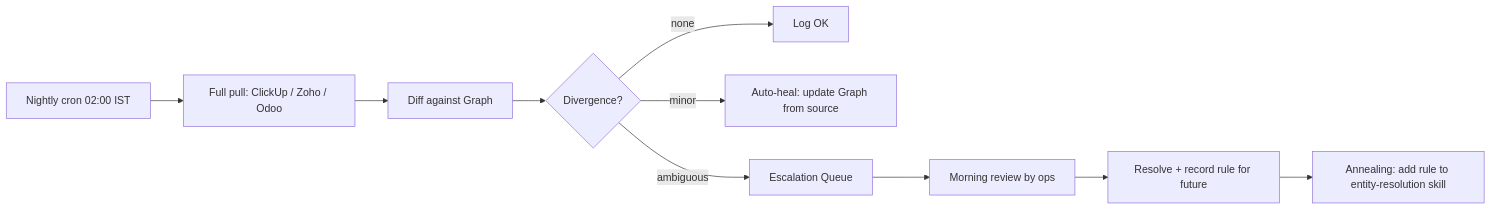
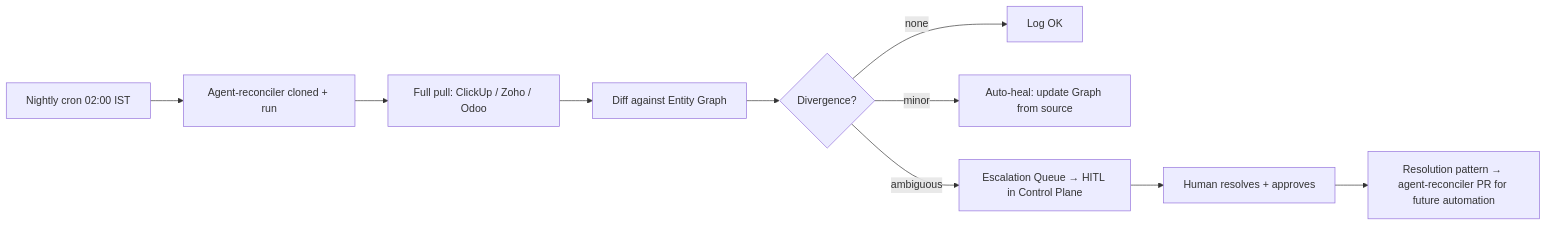
Before and after one commit to FracktalWorks/CommandCenter: the sixth of 7 diagrams in ai-company-brain/system_architecture.md, drawn with Mermaid. The commit also changed other lines of this file and 3 other files, not shown here.

Commit message:
docs: update planning docs for CommandCenter v2 decoupled self-mutating agent architecture

````diff
--- a/ai-company-brain/system_architecture.md
+++ b/ai-company-brain/system_architecture.md
@@ -294,12 +331,12 @@
 ```mermaid
 flowchart LR
-    A[Nightly cron 02:00 IST] --> B[Full pull: ClickUp / Zoho / Odoo]
-    B --> C[Diff against Graph]
-    C --> D{Divergence?}
-    D -- none --> E[Log OK]
-    D -- minor --> F[Auto-heal: update Graph from source]
-    D -- ambiguous --> G[Escalation Queue]
-    G --> H[Morning review by ops]
-    H --> I[Resolve + record rule for future]
-    I --> J[Annealing: add rule to entity-resolution skill]
+    A[Nightly cron 02:00 IST] --> B[Agent-reconciler cloned + run]
+    B --> C[Full pull: ClickUp / Zoho / Odoo]
+    C --> D[Diff against Entity Graph]
+    D --> E{Divergence?}
+    E -- none --> F[Log OK]
+    E -- minor --> G[Auto-heal: update Graph from source]
+    E -- ambiguous --> H[Escalation Queue → HITL in Control Plane]
+    H --> I[Human resolves + approves]
+    I --> J[Resolution pattern → agent-reconciler PR for future automation]
 ```
````
